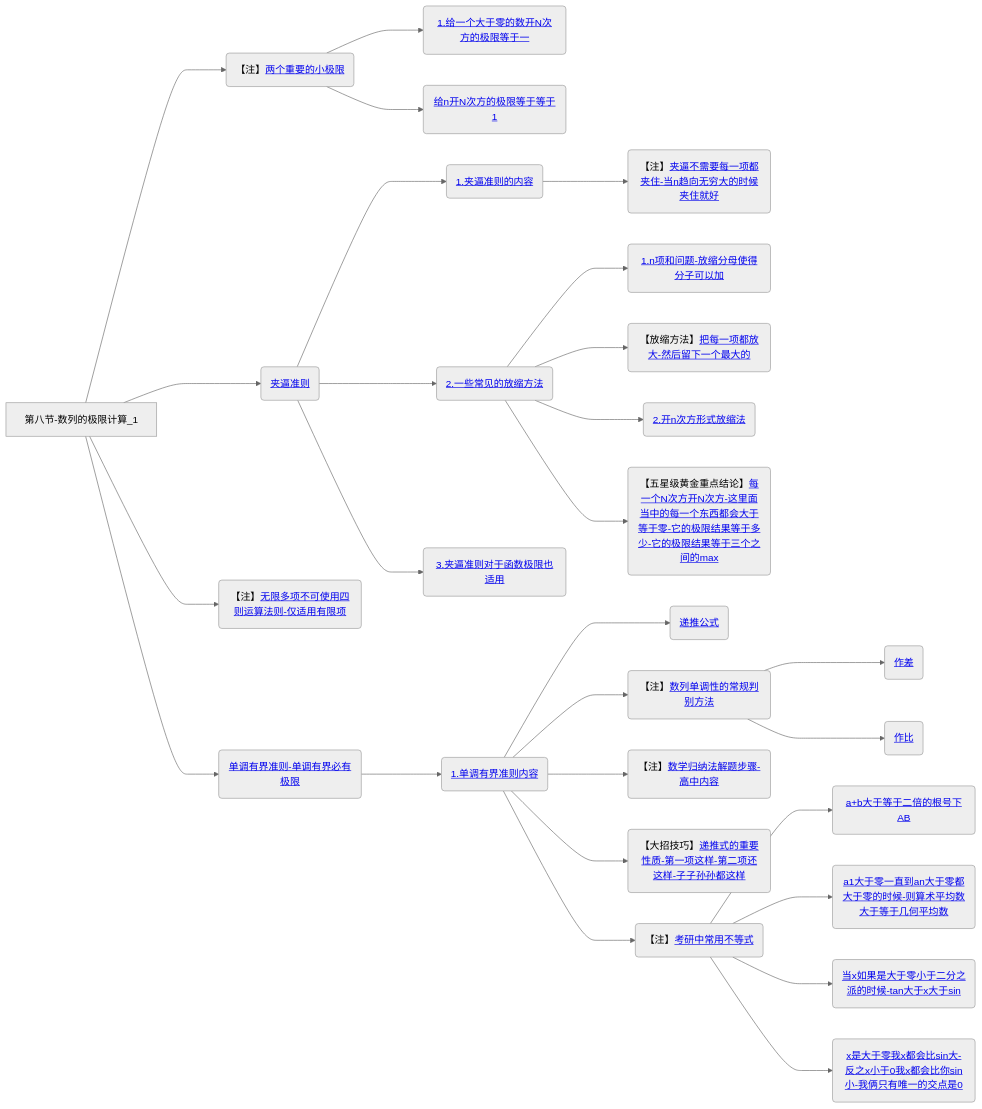
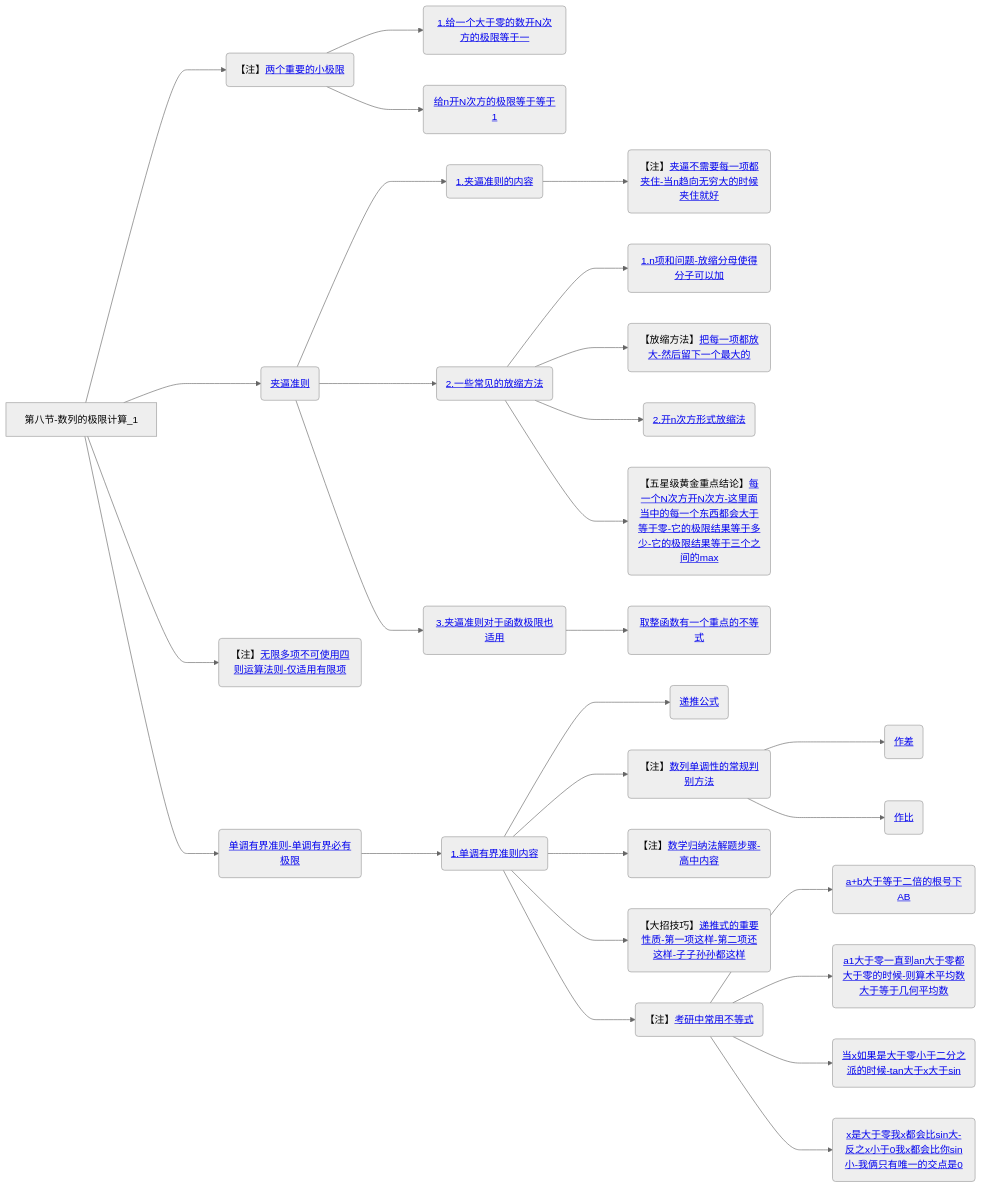
One commit to yuebinghui/note changed the eighth of 8 diagrams in 笔记/数学/周洋鑫/01.基础班思维导图.md. Above: the diagram before and after it, drawn with Mermaid (neutral theme). The commit also changed 2 other files, not shown here.

Commit message:
Tue Oct 29 16:40:01 CST 2024

````diff
--- a/笔记/数学/周洋鑫/01.基础班思维导图.md
+++ b/笔记/数学/周洋鑫/01.基础班思维导图.md
@@ -311,37 +311,38 @@
 ```mermaid
 graph LR
 第八节-数列的极限计算_1
 
 第八节-数列的极限计算_1--->两个重要的小极限(【注】<a href="/Users/yuebinghui/Documents/program/github/note/笔记/数学/周洋鑫/基础班/08.数列的极限计算_1.md#两个重要的小极限">两个重要的小极限</>)
 两个重要的小极限--->1.给一个大于零的数开N次方的极限等于一(<a href="/Users/yuebinghui/Documents/program/github/note/笔记/数学/周洋鑫/基础班/08.数列的极限计算_1.md#1.给一个大于零的数开N次方的极限等于一">1.给一个大于零的数开N次方的极限等于一</>)
 两个重要的小极限--->给n开N次方的极限等于等于1(<a href="/Users/yuebinghui/Documents/program/github/note/笔记/数学/周洋鑫/基础班/08.数列的极限计算_1.md#给n开N次方的极限等于等于1">给n开N次方的极限等于等于1</>)
 
 第八节-数列的极限计算_1--->夹逼准则(<a href="/Users/yuebinghui/Documents/program/github/note/笔记/数学/周洋鑫/基础班/08.数列的极限计算_1.md#夹逼准则">夹逼准则</>)
 夹逼准则--->1.夹逼准则的内容(<a href="/Users/yuebinghui/Documents/program/github/note/笔记/数学/周洋鑫/基础班/08.数列的极限计算_1.md#1.夹逼准则的内容">1.夹逼准则的内容</>)
 1.夹逼准则的内容--->夹逼不需要每一项都夹住-当n趋向无穷大的时候夹住就好(【注】<a href="/Users/yuebinghui/Documents/program/github/note/笔记/数学/周洋鑫/基础班/08.数列的极限计算_1.md#夹逼不需要每一项都夹住-当n趋向无穷大的时候夹住就好">夹逼不需要每一项都夹住-当n趋向无穷大的时候夹住就好</>)
 
 第八节-数列的极限计算_1--->无限多项不可使用四则运算法则-仅适用有限项(【注】<a href="/Users/yuebinghui/Documents/program/github/note/笔记/数学/周洋鑫/基础班/08.数列的极限计算_1.md#无限多项不可使用四则运算法则-仅适用有限项">无限多项不可使用四则运算法则-仅适用有限项</>)
 
 夹逼准则--->2.一些常见的放缩方法(<a href="/Users/yuebinghui/Documents/program/github/note/笔记/数学/周洋鑫/基础班/08.数列的极限计算_1.md#2.一些常见的放缩方法">2.一些常见的放缩方法</>)
 2.一些常见的放缩方法--->1.n项和问题-放缩分母使得分子可以加(<a href="/Users/yuebinghui/Documents/program/github/note/笔记/数学/周洋鑫/基础班/08.数列的极限计算_1.md#1.n项和问题-放缩分母使得分子可以加">1.n项和问题-放缩分母使得分子可以加</>)
 2.一些常见的放缩方法--->把每一项都放大-然后留下一个最大的(【放缩方法】<a href="/Users/yuebinghui/Documents/program/github/note/笔记/数学/周洋鑫/基础班/08.数列的极限计算_1.md#把每一项都放大-然后留下一个最大的">把每一项都放大-然后留下一个最大的</>)
 2.一些常见的放缩方法--->2.开n次方形式放缩法(<a href="/Users/yuebinghui/Documents/program/github/note/笔记/数学/周洋鑫/基础班/08.数列的极限计算_1.md#2.开n次方形式放缩法">2.开n次方形式放缩法</>)
 2.一些常见的放缩方法--->每一个N次方开N次方-这里面当中的每一个东西都会大于等于零-它的极限结果等于多少-它的极限结果等于三个之间的max(【五星级黄金重点结论】<a href="/Users/yuebinghui/Documents/program/github/note/笔记/数学/周洋鑫/基础班/08.数列的极限计算_1.md#每一个N次方开N次方-这里面当中的每一个东西都会大于等于零-它的极限结果等于多少-它的极限结果等于三个之间的max">每一个N次方开N次方-这里面当中的每一个东西都会大于等于零-它的极限结果等于多少-它的极限结果等于三个之间的max</>)
 
 夹逼准则--->3.夹逼准则对于函数极限也适用(<a href="/Users/yuebinghui/Documents/program/github/note/笔记/数学/周洋鑫/基础班/08.数列的极限计算_1.md#3.夹逼准则对于函数极限也适用">3.夹逼准则对于函数极限也适用</>)
+3.夹逼准则对于函数极限也适用--->取整函数有一个重点的不等式(<a href="/Users/yuebinghui/Documents/program/github/note/笔记/数学/周洋鑫/基础班/08.数列的极限计算_1.md#取整函数有一个重点的不等式">取整函数有一个重点的不等式</>)
 
 第八节-数列的极限计算_1--->单调有界准则-单调有界必有极限(<a href="/Users/yuebinghui/Documents/program/github/note/笔记/数学/周洋鑫/基础班/08.数列的极限计算_1.md#单调有界准则-单调有界必有极限">单调有界准则-单调有界必有极限</>)
 单调有界准则-单调有界必有极限--->1.单调有界准则内容(<a href="/Users/yuebinghui/Documents/program/github/note/笔记/数学/周洋鑫/基础班/08.数列的极限计算_1.md#1.单调有界准则内容">1.单调有界准则内容</>)
 1.单调有界准则内容--->递推公式(<a href="/Users/yuebinghui/Documents/program/github/note/笔记/数学/周洋鑫/基础班/08.数列的极限计算_1.md#递推公式">递推公式</>)
 1.单调有界准则内容--->数列单调性的常规判别方法(【注】<a href="/Users/yuebinghui/Documents/program/github/note/笔记/数学/周洋鑫/基础班/08.数列的极限计算_1.md#数列单调性的常规判别方法">数列单调性的常规判别方法</>)
 数列单调性的常规判别方法--->作差(<a href="/Users/yuebinghui/Documents/program/github/note/笔记/数学/周洋鑫/基础班/08.数列的极限计算_1.md#作差">作差</>)
 数列单调性的常规判别方法--->作比(<a href="/Users/yuebinghui/Documents/program/github/note/笔记/数学/周洋鑫/基础班/08.数列的极限计算_1.md#作比">作比</>)
 1.单调有界准则内容--->数学归纳法解题步骤-高中内容(【注】<a href="/Users/yuebinghui/Documents/program/github/note/笔记/数学/周洋鑫/基础班/08.数列的极限计算_1.md#数学归纳法解题步骤-高中内容">数学归纳法解题步骤-高中内容</>)
 1.单调有界准则内容--->递推式的重要性质-第一项这样-第二项还这样-子子孙孙都这样(【大招技巧】<a href="/Users/yuebinghui/Documents/program/github/note/笔记/数学/周洋鑫/基础班/08.数列的极限计算_1.md#递推式的重要性质-第一项这样-第二项还这样-子子孙孙都这样">递推式的重要性质-第一项这样-第二项还这样-子子孙孙都这样</>)
 1.单调有界准则内容--->考研中常用不等式(【注】<a href="/Users/yuebinghui/Documents/program/github/note/笔记/数学/周洋鑫/基础班/08.数列的极限计算_1.md#考研中常用不等式">考研中常用不等式</>)
 考研中常用不等式--->a+b大于等于二倍的根号下AB(<a href="/Users/yuebinghui/Documents/program/github/note/笔记/数学/周洋鑫/基础班/08.数列的极限计算_1.md#a+b大于等于二倍的根号下AB">a+b大于等于二倍的根号下AB</>)
 考研中常用不等式--->a1大于零一直到an大于零都大于零的时候-则算术平均数大于等于几何平均数(<a href="/Users/yuebinghui/Documents/program/github/note/笔记/数学/周洋鑫/基础班/08.数列的极限计算_1.md#a1大于零一直到an大于零都大于零的时候-则算术平均数大于等于几何平均数">a1大于零一直到an大于零都大于零的时候-则算术平均数大于等于几何平均数</>)
 考研中常用不等式--->当x如果是大于零小于二分之派的时候-tan大于x大于sin(<a href="/Users/yuebinghui/Documents/program/github/note/笔记/数学/周洋鑫/基础班/08.数列的极限计算_1.md#当x如果是大于零小于二分之派的时候-tan大于x大于sin">当x如果是大于零小于二分之派的时候-tan大于x大于sin</>)
 考研中常用不等式--->x是大于零我x都会比sin大-反之x小于0我x都会比你sin小-我俩只有唯一的交点是0(<a href="/Users/yuebinghui/Documents/program/github/note/笔记/数学/周洋鑫/基础班/08.数列的极限计算_1.md#x是大于零我x都会比sin大-反之x小于0我x都会比你sin小-我俩只有唯一的交点是0">x是大于零我x都会比sin大-反之x小于0我x都会比你sin小-我俩只有唯一的交点是0</>)
 
 ```
````
